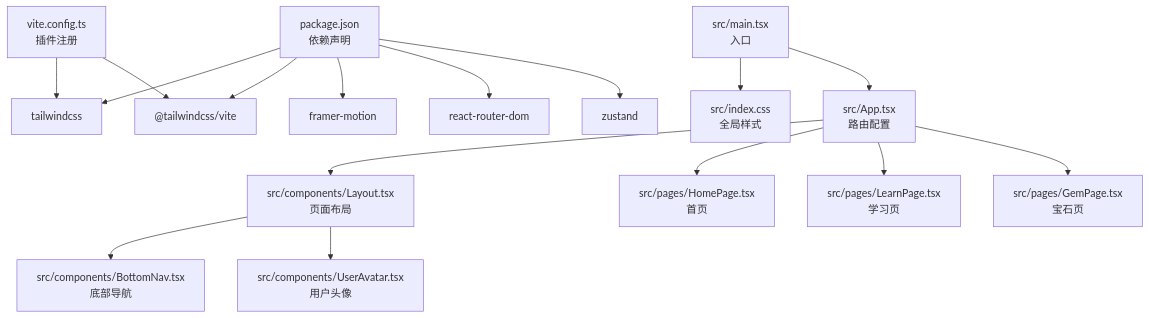
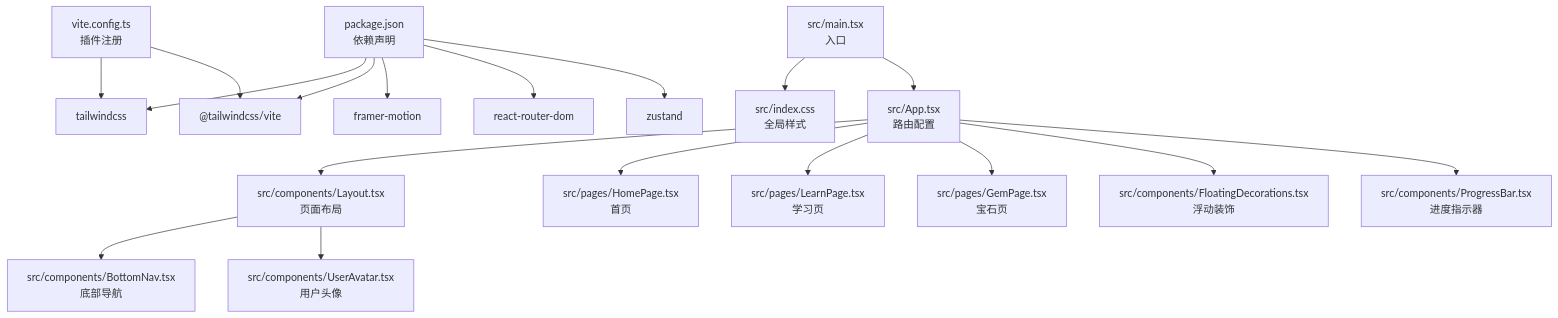
One commit to wudeng2005/rainbow-learning changed the ninth of 9 diagrams in .qoder/repowiki/zh/content/样式系统.md. Above: the diagram before and after it, drawn with Mermaid. The commit also changed other lines of this file and 65 other files, not shown here.

````diff
--- a/.qoder/repowiki/zh/content/样式系统.md
+++ b/.qoder/repowiki/zh/content/样式系统.md
@@ -326,18 +378,20 @@
 ```mermaid
 graph TB
 Pkg["package.json<br/>依赖声明"] --> TW["tailwindcss"]
 Pkg --> TV["@tailwindcss/vite"]
 Pkg --> FR["framer-motion"]
 Pkg --> RR["react-router-dom"]
 Pkg --> ZU["zustand"]
 VC["vite.config.ts<br/>插件注册"] --> TW
 VC --> TV
 Main["src/main.tsx<br/>入口"] --> IDX["src/index.css<br/>全局样式"]
 Main --> APP["src/App.tsx<br/>路由配置"]
 APP --> LAYOUT["src/components/Layout.tsx<br/>页面布局"]
 LAYOUT --> NAV["src/components/BottomNav.tsx<br/>底部导航"]
 LAYOUT --> AVATAR["src/components/UserAvatar.tsx<br/>用户头像"]
 APP --> HOME["src/pages/HomePage.tsx<br/>首页"]
 APP --> LEARN["src/pages/LearnPage.tsx<br/>学习页"]
 APP --> GEM["src/pages/GemPage.tsx<br/>宝石页"]
+APP --> FD["src/components/FloatingDecorations.tsx<br/>浮动装饰"]
+APP --> PB["src/components/ProgressBar.tsx<br/>进度指示器"]
 ```
````
